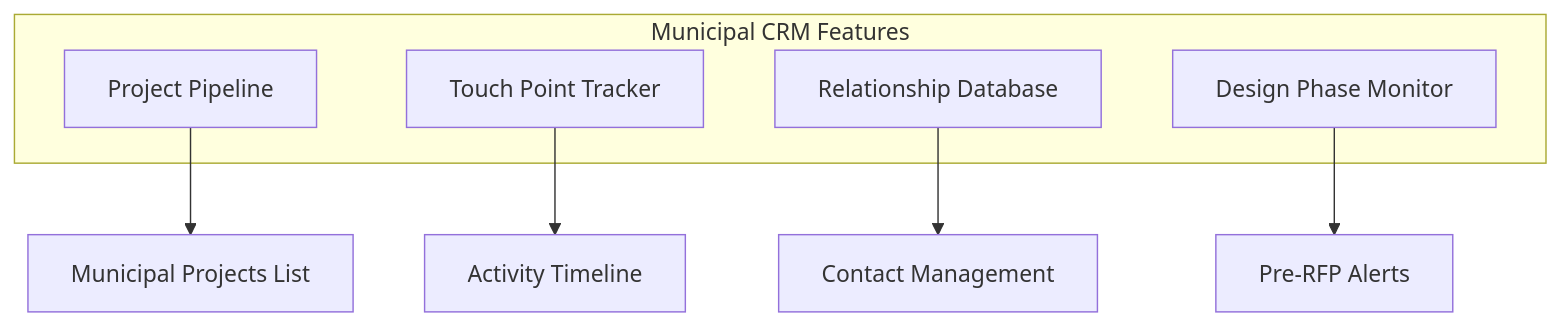
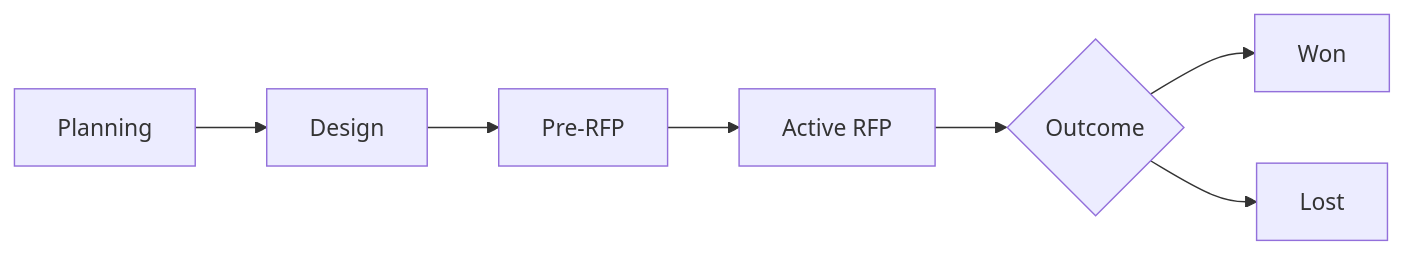
The eighth of 15 diagrams in POC-Implementation-Plan.md (elikiedrowski/ECI_Site_Construction), drawn with Mermaid before and after one commit. The commit also changed other lines of this file and 1 other file, not shown here.

````diff
--- a/POC-Implementation-Plan.md
+++ b/POC-Implementation-Plan.md
@@ -1057,14 +366,9 @@
 ```mermaid
-graph TB
-    subgraph "Municipal CRM Features"
-        A[Project Pipeline]
-        B[Touch Point Tracker]
-        C[Relationship Database]
-        D[Design Phase Monitor]
-    end
-    
-    A --> E[Municipal Projects List]
-    B --> F[Activity Timeline]
-    C --> G[Contact Management]
-    D --> H[Pre-RFP Alerts]
+graph LR
+    A[Planning] --> B[Design]
+    B --> C[Pre-RFP]
+    C --> D[Active RFP]
+    D --> E{Outcome}
+    E --> F[Won]
+    E --> G[Lost]
 ```
````
